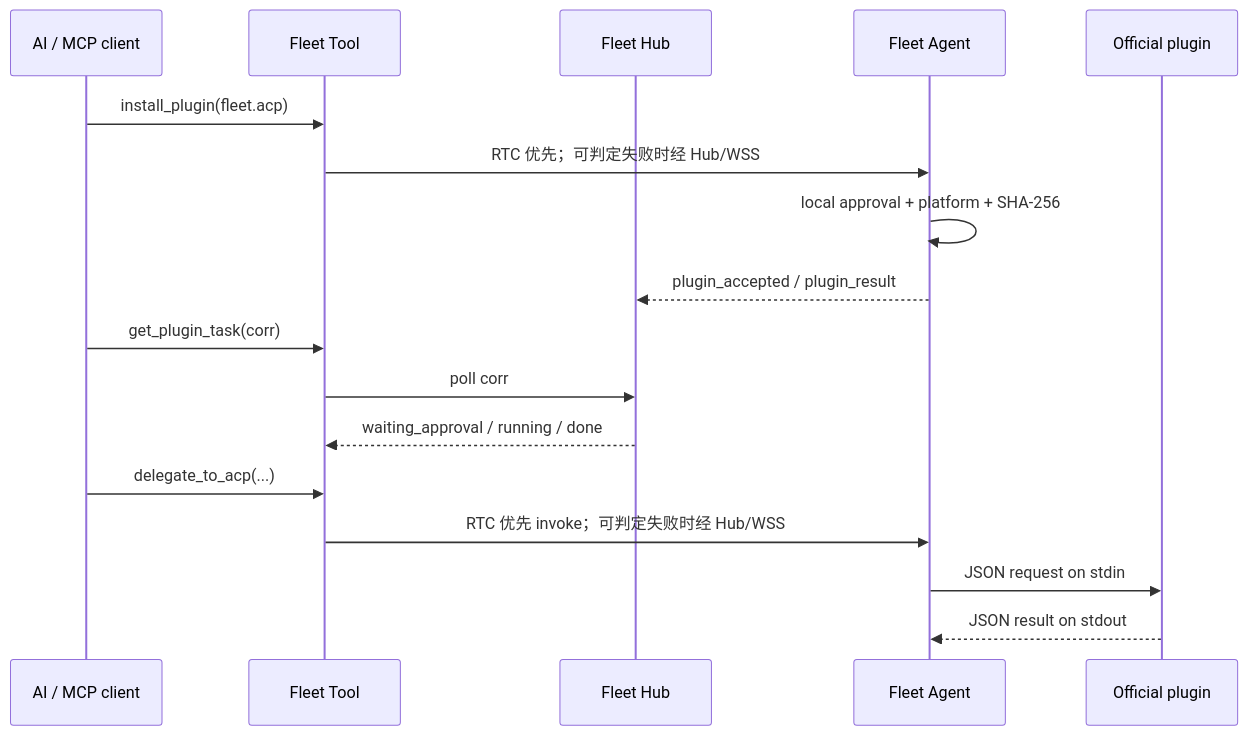
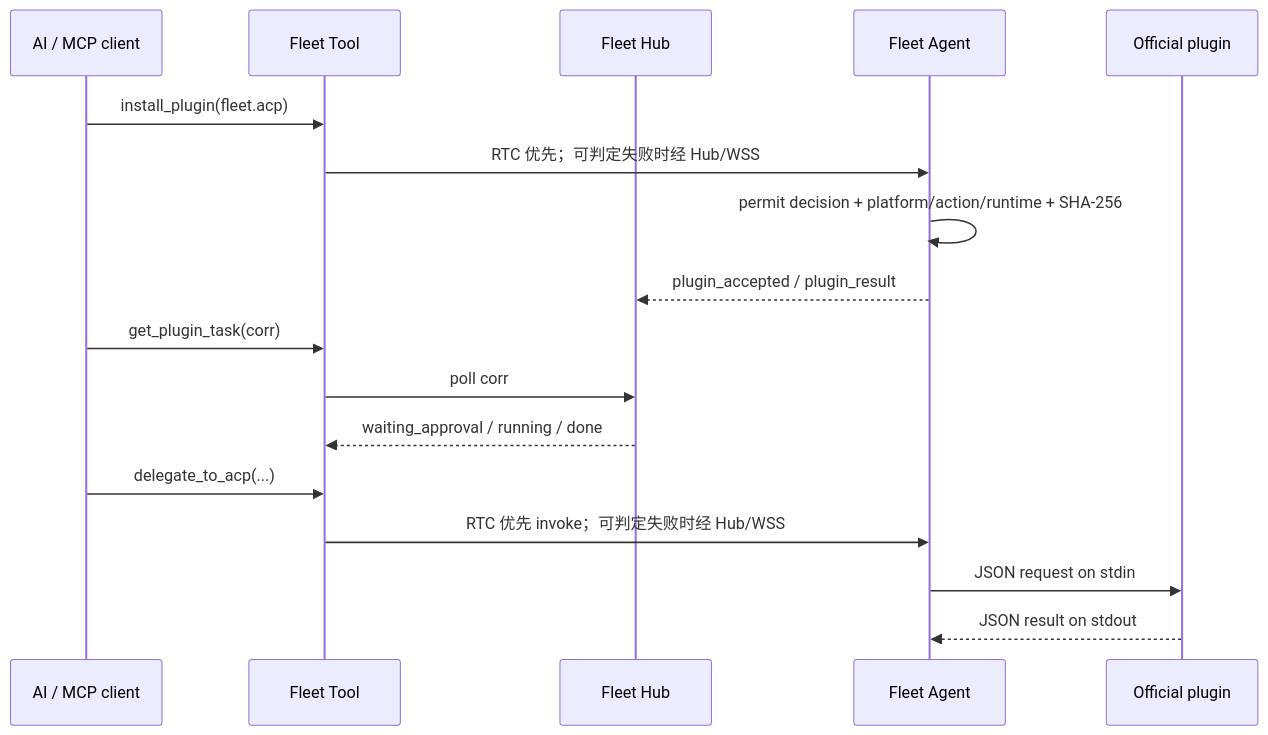
The diagram in docs/PLUGINS.md (TITOCHAN2023/fleetForAgent), drawn with Mermaid before and after one commit. The commit also changed other lines of this file and 54 other files, not shown here.

````diff
--- a/docs/PLUGINS.md
+++ b/docs/PLUGINS.md
@@ -7,19 +7,19 @@
 ```mermaid
 sequenceDiagram
   participant AI as AI / MCP client
   participant Tool as Fleet Tool
   participant Hub as Fleet Hub
   participant Agent as Fleet Agent
   participant Plugin as Official plugin
   AI->>Tool: install_plugin(fleet.acp)
   Tool->>Agent: RTC 优先；可判定失败时经 Hub/WSS
-  Agent->>Agent: local approval + platform + SHA-256
+  Agent->>Agent: permit decision + platform/action/runtime + SHA-256
   Agent-->>Hub: plugin_accepted / plugin_result
   AI->>Tool: get_plugin_task(corr)
   Tool->>Hub: poll corr
   Hub-->>Tool: waiting_approval / running / done
   AI->>Tool: delegate_to_acp(...)
   Tool->>Agent: RTC 优先 invoke；可判定失败时经 Hub/WSS
   Agent->>Plugin: JSON request on stdin
   Plugin-->>Agent: JSON result on stdout
 ```
````
